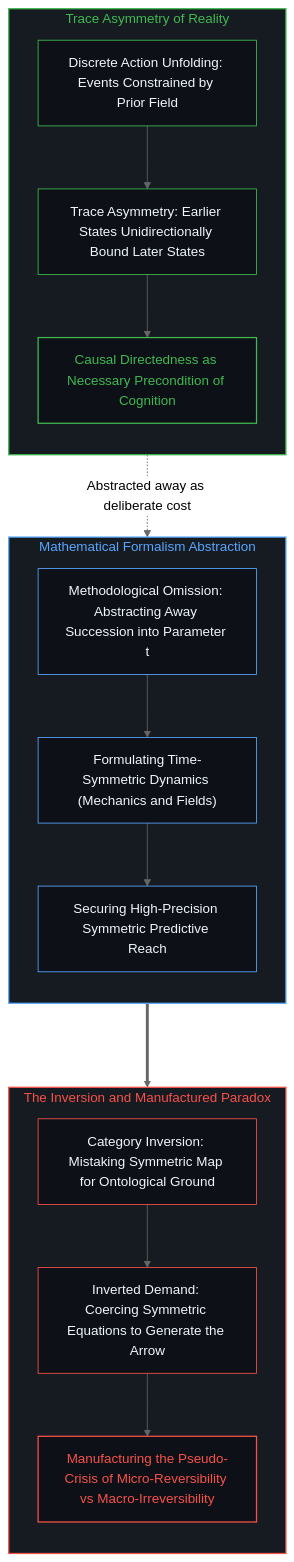
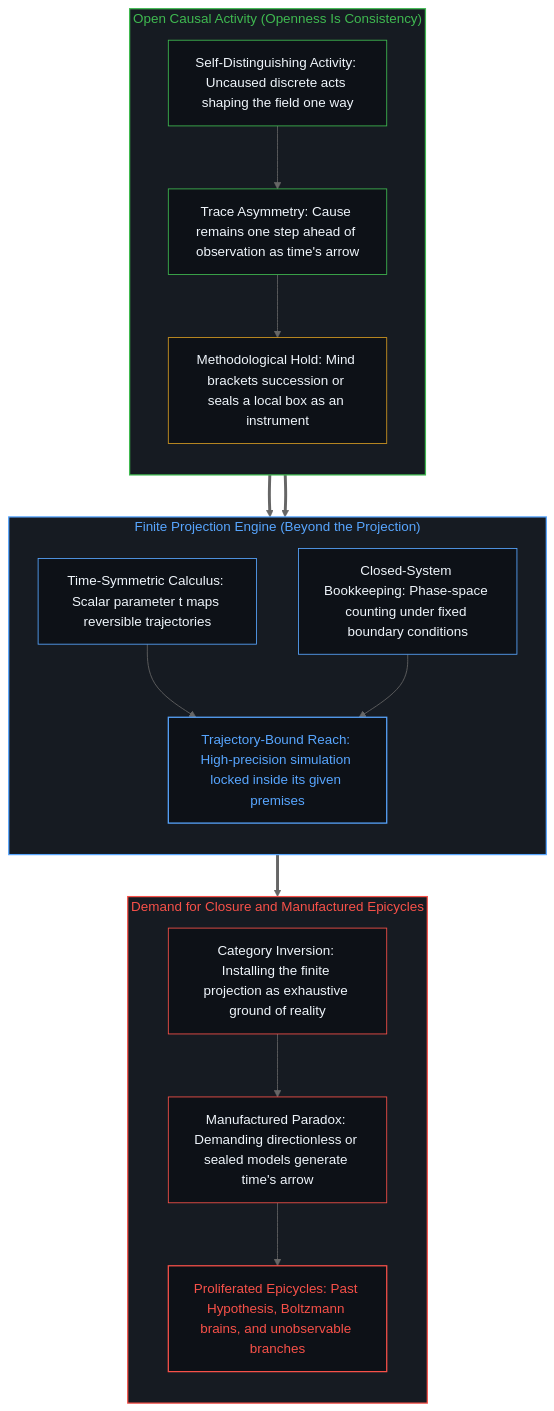
One commit to powerpig99/not-a-toe changed the second of 2 diagrams in content/posts/the-mirage-of-times-arrow-and-the-boundaries-of-simulation.md. Above: the diagram before and after it, drawn with Mermaid (neutral theme). The commit also changed other lines of this file and 1 other file, not shown here.

Commit message:
Refine Post (Wave 3 L2 #102): the-mirage-of-times-arrow-and-the-boundaries-of-simulation

````diff
--- a/content/posts/the-mirage-of-times-arrow-and-the-boundaries-of-simulation.md
+++ b/content/posts/the-mirage-of-times-arrow-and-the-boundaries-of-simulation.md
@@ -56,36 +74,44 @@
 ```mermaid
-graph TD
-    subgraph S_OntologicalGround_EN ["Trace Asymmetry of Reality"]
+flowchart TD
+    subgraph S_OpenEdge ["Open Causal Activity (Openness Is Consistency)"]
         direction TB
-        AE_Action["Discrete Action Unfolding: Events Constrained by Prior Field"] --> BE_TraceAsymmetry["Trace Asymmetry: Earlier States Unidirectionally Bound Later States"]
-        BE_TraceAsymmetry --> CE_DynamicNecessity["Causal Directedness as Necessary Precondition of Cognition"]
+        O_Act["Self-Distinguishing Activity: Uncaused discrete acts shaping the field one way"]
+        O_Asym["Trace Asymmetry: Cause remains one step ahead of observation as time's arrow"]
+        O_Hold["Methodological Hold: Mind brackets succession or seals a local box as an instrument"]
+        O_Act --> O_Asym --> O_Hold
     end
 
-    subgraph S_FormalAbstraction_EN ["Mathematical Formalism Abstraction"]
+    subgraph S_Projection ["Finite Projection Engine (Beyond the Projection)"]
         direction TB
-        DE_MethodOmission["Methodological Omission: Abstracting Away Succession into Parameter t"] --> EE_SymmetricEquations["Formulating Time-Symmetric Dynamics (Mechanics and Fields)"]
-        EE_SymmetricEquations --> FE_HighFidelitySim["Securing High-Precision Symmetric Predictive Reach"]
+        P_Sym["Time-Symmetric Calculus: Scalar parameter t maps reversible trajectories"]
+        P_Box["Closed-System Bookkeeping: Phase-space counting under fixed boundary conditions"]
+        P_Limit["Trajectory-Bound Reach: High-precision simulation locked inside its given premises"]
+        P_Sym --> P_Limit
+        P_Box --> P_Limit
     end
 
-    subgraph S_InversionParadox_EN ["The Inversion and Manufactured Paradox"]
+    subgraph S_Inversion ["Demand for Closure and Manufactured Epicycles"]
         direction TB
-        GE_MistakeMap["Category Inversion: Mistaking Symmetric Map for Ontological Ground"] --> HE_DemandArrow["Inverted Demand: Coercing Symmetric Equations to Generate the Arrow"]
-        HE_DemandArrow --> IE_ManufacturedParadox["Manufacturing the Pseudo-Crisis of Micro-Reversibility vs Macro-Irreversibility"]
+        I_Reify["Category Inversion: Installing the finite projection as exhaustive ground of reality"]
+        I_Paradox["Manufactured Paradox: Demanding directionless or sealed models generate time's arrow"]
+        I_Patch["Proliferated Epicycles: Past Hypothesis, Boltzmann brains, and unobservable branches"]
+        I_Reify --> I_Paradox --> I_Patch
     end
 
-    CE_DynamicNecessity -. "Abstracted away as deliberate cost" .-> DE_MethodOmission
-    FE_HighFidelitySim ===> GE_MistakeMap
+    O_Hold ==> P_Sym
+    O_Hold ==> P_Box
+    P_Limit ==> I_Reify
 
-    style S_OntologicalGround_EN fill:#161b22,stroke:#3fb950,stroke-width:1.5px,color:#3fb950
-    style S_FormalAbstraction_EN fill:#161b22,stroke:#58a6ff,stroke-width:1.5px,color:#58a6ff
-    style S_InversionParadox_EN fill:#161b22,stroke:#f85149,stroke-width:1.5px,color:#f85149
-    style AE_Action fill:#0d1117,stroke:#3fb950,stroke-width:1px,color:#f0f6fc
-    style BE_TraceAsymmetry fill:#0d1117,stroke:#3fb950,stroke-width:1px,color:#f0f6fc
-    style CE_DynamicNecessity fill:#0d1117,stroke:#3fb950,stroke-width:1.5px,color:#3fb950
-    style DE_MethodOmission fill:#0d1117,stroke:#58a6ff,stroke-width:1px,color:#f0f6fc
-    style EE_SymmetricEquations fill:#0d1117,stroke:#58a6ff,stroke-width:1px,color:#f0f6fc
-    style FE_HighFidelitySim fill:#0d1117,stroke:#58a6ff,stroke-width:1px,color:#f0f6fc
-    style GE_MistakeMap fill:#0d1117,stroke:#f85149,stroke-width:1px,color:#f0f6fc
-    style HE_DemandArrow fill:#0d1117,stroke:#f85149,stroke-width:1px,color:#f0f6fc
-    style IE_ManufacturedParadox fill:#0d1117,stroke:#f85149,stroke-width:1.5px,color:#f85149
+    style S_OpenEdge fill:#161b22,stroke:#3fb950,stroke-width:1.5px,color:#3fb950
+    style S_Projection fill:#161b22,stroke:#58a6ff,stroke-width:1.5px,color:#58a6ff
+    style S_Inversion fill:#161b22,stroke:#f85149,stroke-width:1.5px,color:#f85149
+    style O_Act fill:#0d1117,stroke:#3fb950,stroke-width:1px,color:#f0f6fc
+    style O_Asym fill:#0d1117,stroke:#3fb950,stroke-width:1px,color:#f0f6fc
+    style O_Hold fill:#0d1117,stroke:#d29922,stroke-width:1px,color:#f0f6fc
+    style P_Sym fill:#0d1117,stroke:#58a6ff,stroke-width:1px,color:#f0f6fc
+    style P_Box fill:#0d1117,stroke:#58a6ff,stroke-width:1px,color:#f0f6fc
+    style P_Limit fill:#0d1117,stroke:#58a6ff,stroke-width:1.5px,color:#58a6ff
+    style I_Reify fill:#0d1117,stroke:#f85149,stroke-width:1px,color:#f0f6fc
+    style I_Paradox fill:#0d1117,stroke:#f85149,stroke-width:1px,color:#f0f6fc
+    style I_Patch fill:#0d1117,stroke:#f85149,stroke-width:1.5px,color:#f85149
 ```
````
